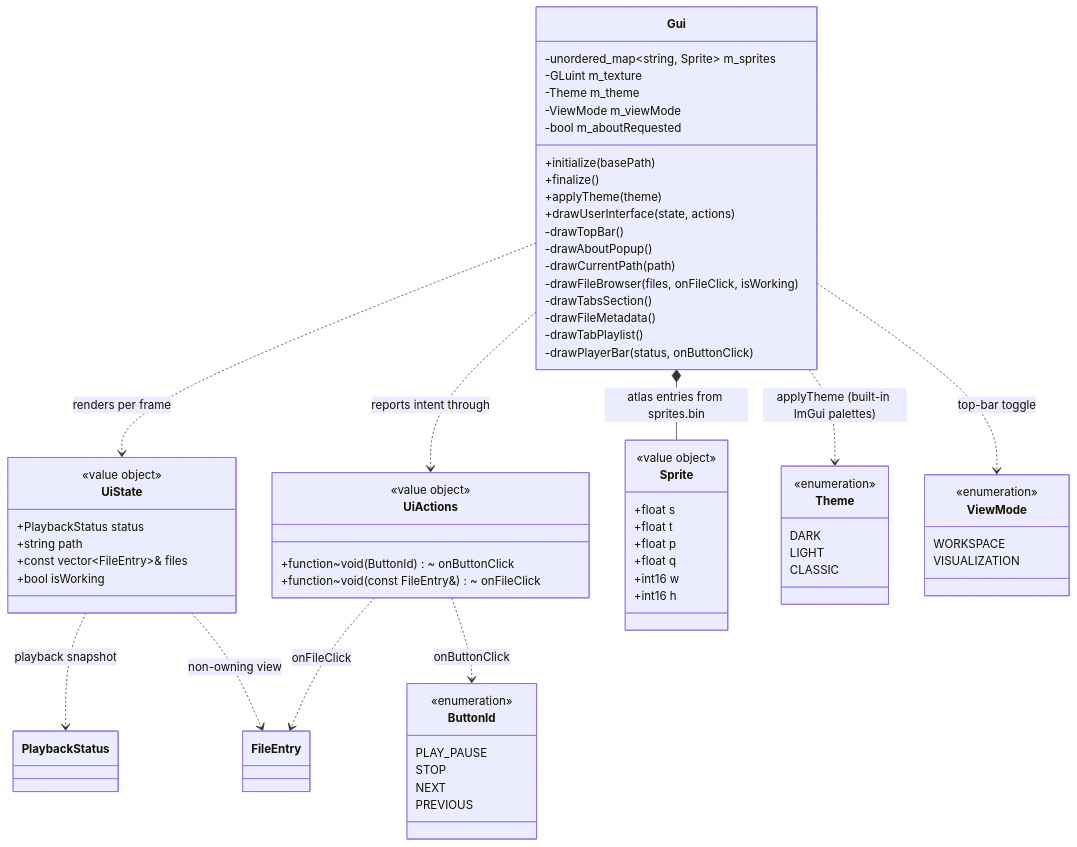
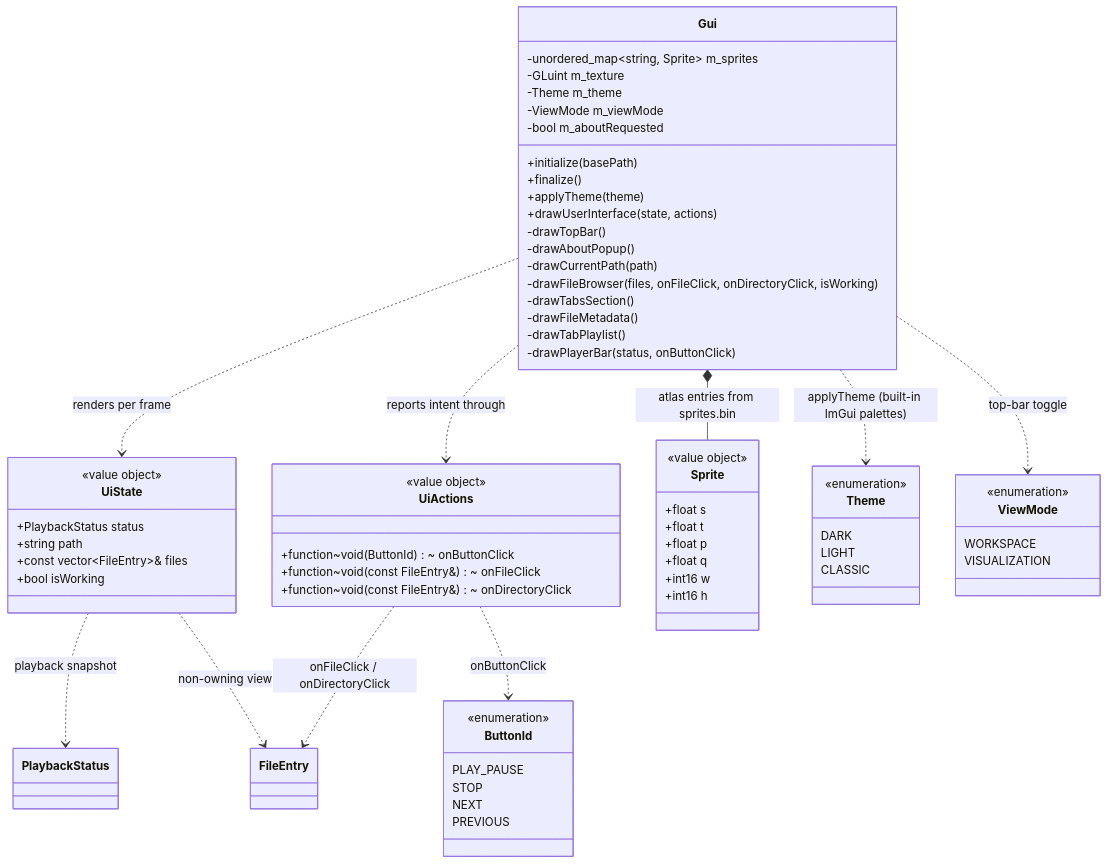
One commit to notnotme/osp2 changed the diagram in docs/ui.md. Above: the diagram before and after it, drawn with Mermaid. The commit also changed other lines of this file and 9 other files, not shown here.

First line of the commit message:
feat: wire directory navigation into the browser (TODO_4 chunk 4b)

````diff
--- a/docs/ui.md
+++ b/docs/ui.md
@@ -5,77 +5,78 @@
 ```mermaid
 classDiagram
     class Gui {
         -unordered_map~string, Sprite~ m_sprites
         -GLuint m_texture
         -Theme m_theme
         -ViewMode m_viewMode
         -bool m_aboutRequested
         +initialize(basePath)
         +finalize()
         +applyTheme(theme)
         +drawUserInterface(state, actions)
         -drawTopBar()
         -drawAboutPopup()
         -drawCurrentPath(path)
-        -drawFileBrowser(files, onFileClick, isWorking)
+        -drawFileBrowser(files, onFileClick, onDirectoryClick, isWorking)
         -drawTabsSection()
         -drawFileMetadata()
         -drawTabPlaylist()
         -drawPlayerBar(status, onButtonClick)
     }
 
     class UiState {
         <<value object>>
         +PlaybackStatus status
         +string path
         +const vector~FileEntry~& files
         +bool isWorking
     }
 
     class UiActions {
         <<value object>>
         +function~void(ButtonId)~ onButtonClick
         +function~void(const FileEntry&)~ onFileClick
+        +function~void(const FileEntry&)~ onDirectoryClick
     }
 
     class Sprite {
         <<value object>>
         +float s
         +float t
         +float p
         +float q
         +int16 w
         +int16 h
     }
 
     class ButtonId {
         <<enumeration>>
         PLAY_PAUSE
         STOP
         NEXT
         PREVIOUS
     }
 
     class Theme {
         <<enumeration>>
         DARK
         LIGHT
         CLASSIC
     }
 
     class ViewMode {
         <<enumeration>>
         WORKSPACE
         VISUALIZATION
     }
 
     Gui *-- Sprite : atlas entries from sprites.bin
     Gui ..> Theme : applyTheme (built-in ImGui palettes)
     Gui ..> ViewMode : top-bar toggle
     Gui ..> UiState : renders per frame
     Gui ..> UiActions : reports intent through
     UiState ..> PlaybackStatus : playback snapshot
     UiState ..> FileEntry : non-owning view
     UiActions ..> ButtonId : onButtonClick
-    UiActions ..> FileEntry : onFileClick
+    UiActions ..> FileEntry : onFileClick / onDirectoryClick
 ```
````
